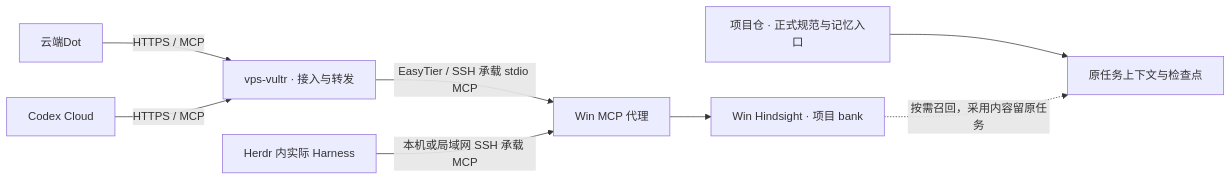
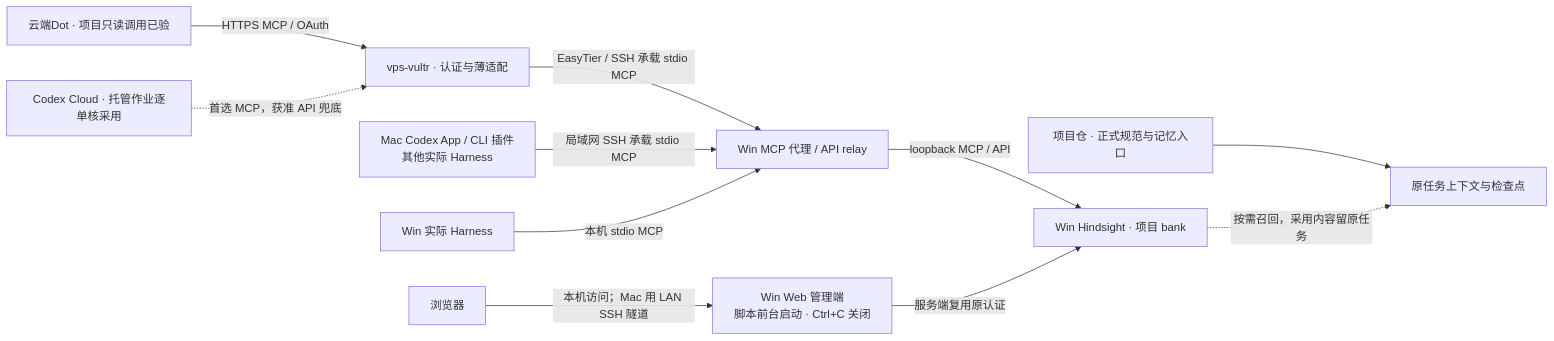
One commit to CF-FE/herdr-4-codexcloud changed the third of 3 diagrams in docs/architecture.md. Above: the diagram before and after it, drawn with Mermaid. The commit also changed other lines of this file and 13 other files, not shown here.

Commit message:
docs: refresh architecture diagrams and verified memory status

````diff
--- a/docs/architecture.md
+++ b/docs/architecture.md
@@ -82,10 +92,13 @@
 ```mermaid
 flowchart LR
-    D["云端Dot"] -->|"HTTPS / MCP"| V["vps-vultr · 接入与转发"]
-    C["Codex Cloud"] -->|"HTTPS / MCP"| V
-    V -->|"EasyTier / SSH 承载 stdio MCP"| M["Win MCP 代理"]
-    A["Herdr 内实际 Harness"] -->|"本机或局域网 SSH 承载 MCP"| M
-    M --> H["Win Hindsight · 项目 bank"]
+    D["云端Dot · 项目只读调用已验"] -->|"HTTPS MCP / OAuth"| V["vps-vultr · 认证与薄适配"]
+    C["Codex Cloud · 托管作业逐单核采用"] -.->|"首选 MCP，获准 API 兜底"| V
+    V -->|"EasyTier / SSH 承载 stdio MCP"| M["Win MCP 代理 / API relay"]
+    A["Mac Codex App / CLI 插件<br/>其他实际 Harness"] -->|"局域网 SSH 承载 stdio MCP"| M
+    W["Win 实际 Harness"] -->|"本机 stdio MCP"| M
+    M -->|"loopback MCP / API"| H["Win Hindsight · 项目 bank"]
+    B["浏览器"] -->|"本机访问；Mac 用 LAN SSH 隧道"| UI["Win Web 管理端<br/>脚本前台启动 · Ctrl+C 关闭"]
+    UI -->|"服务端复用原认证"| H
     R["项目仓 · 正式规范与记忆入口"] --> T["原任务上下文与检查点"]
     H -."按需召回，采用内容留原任务".-> T
 ```
````
